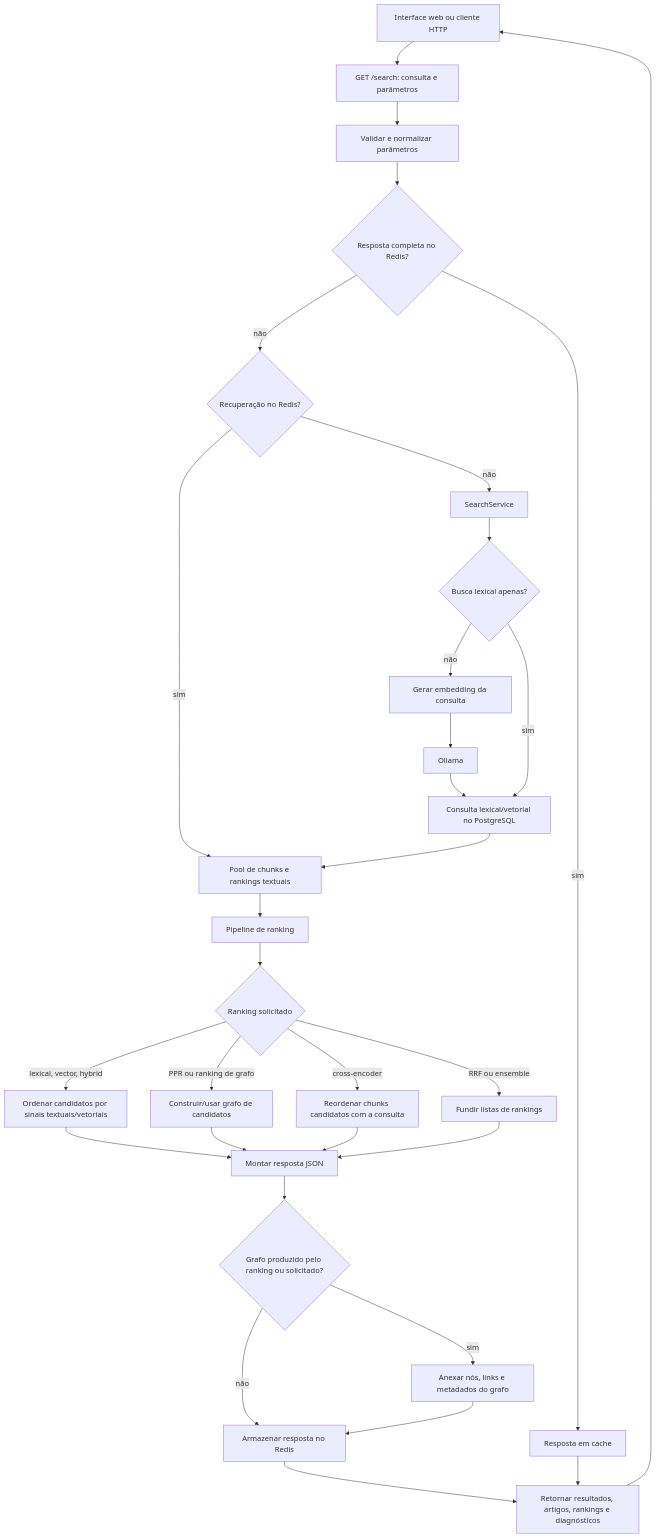
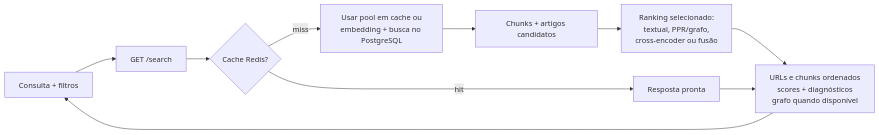
The third of 5 diagrams in docs/fluxos_execucao.md (rafaelsalb/tcc), drawn with Mermaid before and after one commit. The commit also changed other lines of this file and 43 other files, not shown here.

````diff
--- a/docs/fluxos_execucao.md
+++ b/docs/fluxos_execucao.md
@@ -109,36 +84,12 @@
 ```mermaid
-flowchart TD
-    client[Interface web ou cliente HTTP] --> request[GET /search: consulta e parâmetros]
-    request --> validate[Validar e normalizar parâmetros]
-    validate --> response_cache{Resposta completa no Redis?}
-    response_cache -->|sim| cached_response[Resposta em cache]
-    response_cache -->|não| retrieval_cache{Recuperação no Redis?}
-
-    retrieval_cache -->|sim| retrieval[Pool de chunks e rankings textuais]
-    retrieval_cache -->|não| search_service[SearchService]
-    search_service --> lexical_only{Busca lexical apenas?}
-    lexical_only -->|não| query_embedding[Gerar embedding da consulta]
-    query_embedding --> ollama[Ollama]
-    ollama --> retrieve[Consulta lexical/vetorial no PostgreSQL]
-    lexical_only -->|sim| retrieve
-    retrieve --> retrieval
-
-    retrieval --> pipeline[Pipeline de ranking]
-    pipeline --> choice{Ranking solicitado}
-    choice -->|lexical, vector, hybrid| text_rank[Ordenar candidatos por sinais textuais/vetoriais]
-    choice -->|PPR ou ranking de grafo| graph_rank[Construir/usar grafo de candidatos]
-    choice -->|cross-encoder| cross_encoder[Reordenar chunks candidatos com a consulta]
-    choice -->|RRF ou ensemble| fusion[Fundir listas de rankings]
-
-    text_rank --> assemble[Montar resposta JSON]
-    graph_rank --> assemble
-    cross_encoder --> assemble
-    fusion --> assemble
-    assemble --> optional_graph{Grafo produzido pelo ranking ou solicitado?}
-    optional_graph -->|sim| graph_payload[Anexar nós, links e metadados do grafo]
-    optional_graph -->|não| cache_response[Armazenar resposta no Redis]
-    graph_payload --> cache_response
-    cache_response --> output[Retornar resultados, artigos, rankings e diagnósticos]
-    cached_response --> output
-    output --> client
+flowchart LR
+    client[Consulta + filtros] --> endpoint[GET /search]
+    endpoint --> cache{Cache Redis?}
+    cache -->|hit| cached[Resposta pronta]
+    cache -->|miss| retrieval[Usar pool em cache ou<br/>embedding + busca no PostgreSQL]
+    retrieval --> pool[Chunks + artigos candidatos]
+    pool --> ranking[Ranking selecionado:<br/>textual, PPR/grafo,<br/>cross-encoder ou fusão]
+    ranking --> response[URLs e chunks ordenados<br/>scores + diagnósticos<br/>grafo quando disponível]
+    cached --> response
+    response --> client
 ```
````
